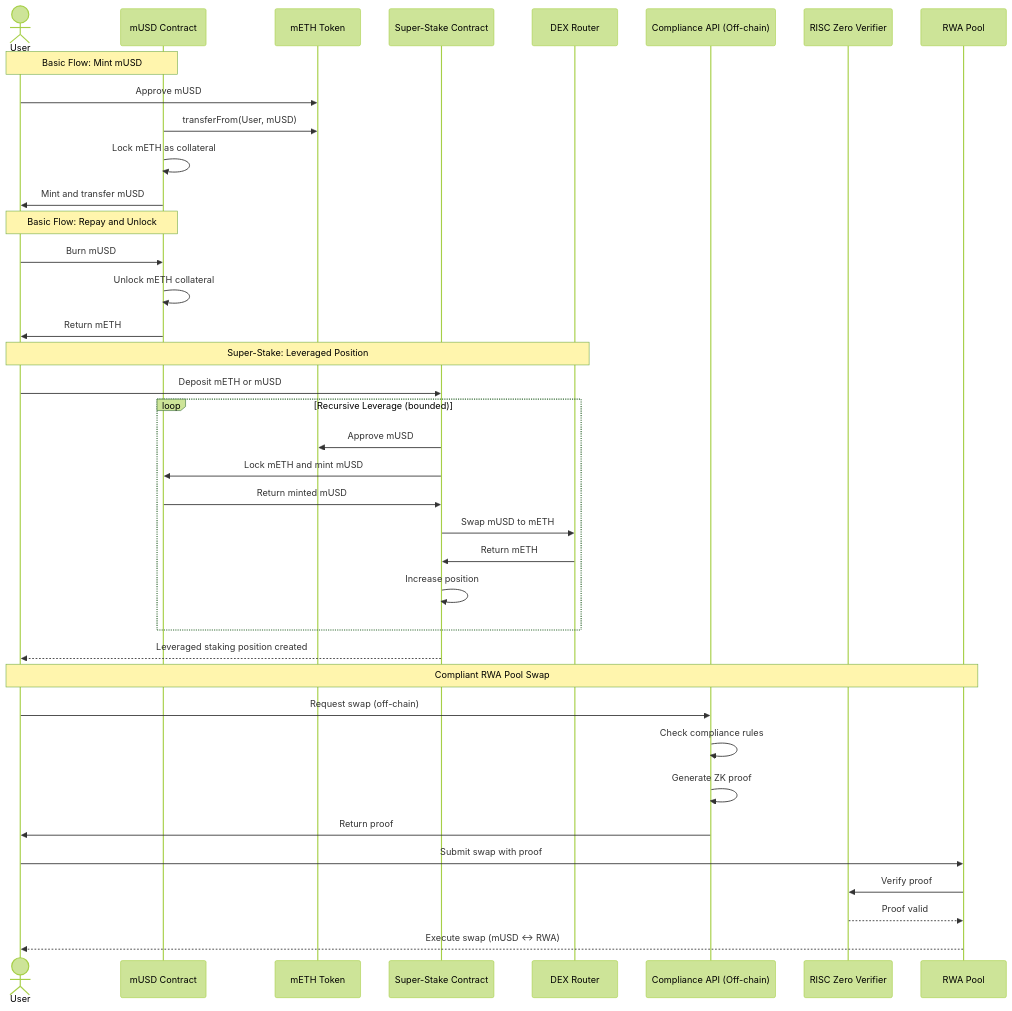
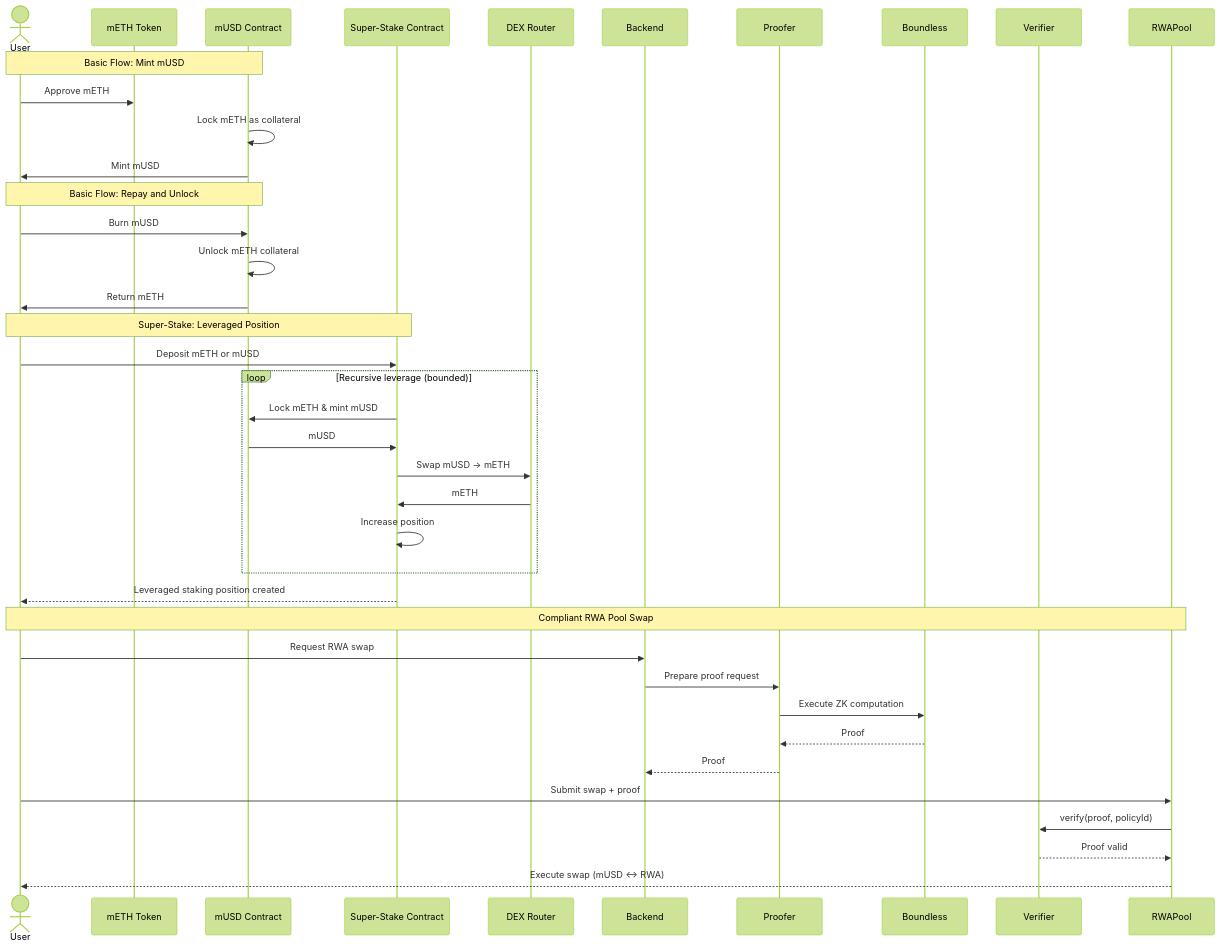
Before and after one commit to yehia67/mantle-usd: the sixth of 6 diagrams in README.md, drawn with Mermaid (forest theme). The commit also changed other lines of this file, not shown here.

````diff
--- a/README.md
+++ b/README.md
@@ -208,51 +277,53 @@
 ```mermaid
- sequenceDiagram
+sequenceDiagram
     actor User
+    participant mETH as mETH Token
     participant mUSD as mUSD Contract
-    participant mETH as mETH Token
     participant SuperStake as Super-Stake Contract
     participant DEX as DEX Router
-    participant Compliance as Compliance API (Off-chain)
-    participant Verifier as RISC Zero Verifier
-    participant RWAPool as RWA Pool
+    participant Backend
+    participant Proofer
+    participant Boundless
+    participant Verifier
+    participant RWAPool
 
     %% ========= BASIC mUSD MINTING =========
     Note over User,mUSD: Basic Flow: Mint mUSD
-    User->>mETH: Approve mUSD
-    mUSD->>mETH: transferFrom(User, mUSD)
+    User->>mETH: Approve mETH
     mUSD->>mUSD: Lock mETH as collateral
-    mUSD->>User: Mint and transfer mUSD
+    mUSD->>User: Mint mUSD
 
+    %% ========= BASIC mUSD REDEEM =========
     Note over User,mUSD: Basic Flow: Repay and Unlock
     User->>mUSD: Burn mUSD
     mUSD->>mUSD: Unlock mETH collateral
     mUSD->>User: Return mETH
 
-    %% ========= SUPER STAKE LEVERAGE =========
-    Note over User,DEX: Super-Stake: Leveraged Position
+    %% ========= SUPER-STAKE LEVERAGE =========
+    Note over User,SuperStake: Super-Stake: Leveraged Position
     User->>SuperStake: Deposit mETH or mUSD
 
-    loop Recursive Leverage (bounded)
-        SuperStake->>mETH: Approve mUSD
-        SuperStake->>mUSD: Lock mETH and mint mUSD
-        mUSD->>SuperStake: Return minted mUSD
-        SuperStake->>DEX: Swap mUSD to mETH
-        DEX->>SuperStake: Return mETH
+    loop Recursive leverage (bounded)
+        SuperStake->>mUSD: Lock mETH & mint mUSD
+        mUSD->>SuperStake: mUSD
+        SuperStake->>DEX: Swap mUSD → mETH
+        DEX->>SuperStake: mETH
         SuperStake->>SuperStake: Increase position
     end
 
     SuperStake-->>User: Leveraged staking position created
 
     %% ========= COMPLIANT RWA SWAP =========
     Note over User,RWAPool: Compliant RWA Pool Swap
-    User->>Compliance: Request swap (off-chain)
-    Compliance->>Compliance: Check compliance rules
-    Compliance->>Compliance: Generate ZK proof
-    Compliance->>User: Return proof
+    User->>Backend: Request RWA swap
+    Backend->>Proofer: Prepare proof request
+    Proofer->>Boundless: Execute ZK computation
+    Boundless-->>Proofer: Proof
+    Proofer-->>Backend: Proof
 
-    User->>RWAPool: Submit swap with proof
-    RWAPool->>Verifier: Verify proof
+    User->>RWAPool: Submit swap + proof
+    RWAPool->>Verifier: verify(proof, policyId)
     Verifier-->>RWAPool: Proof valid
     RWAPool-->>User: Execute swap (mUSD ↔ RWA)
 
 ```
````
